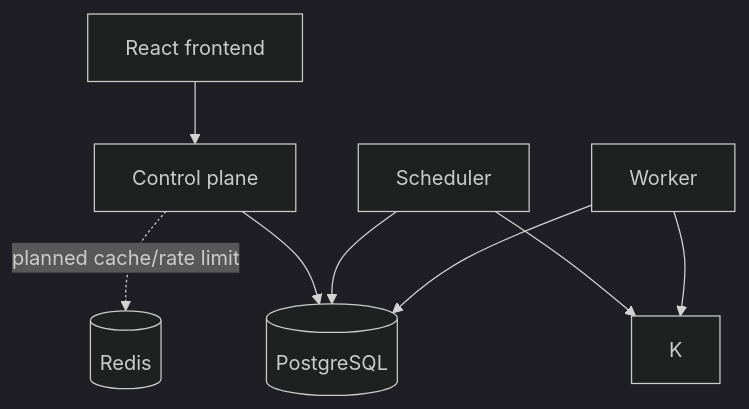
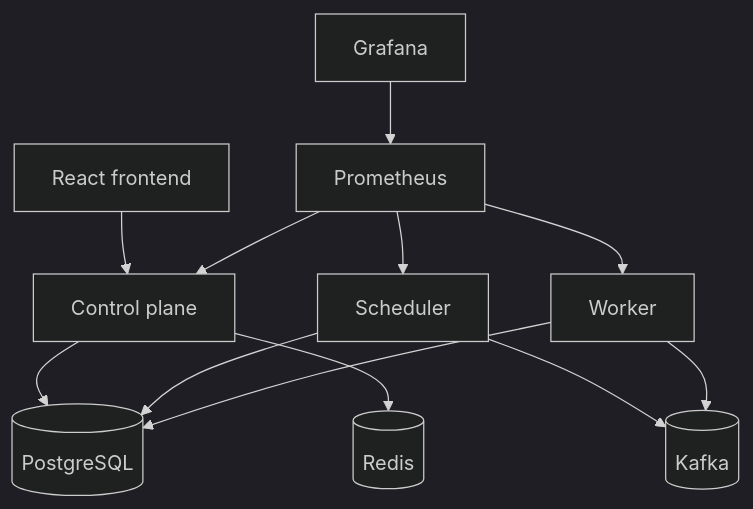
Before and after one commit to mihirgamre/taskforge: the first of 3 diagrams in docs/ARCHITECTURE.md, drawn with Mermaid (dark theme). The commit also changed other lines of this file and 21 other files, not shown here.

````diff
--- a/docs/ARCHITECTURE.md
+++ b/docs/ARCHITECTURE.md
@@ -13,10 +13,14 @@
 ```mermaid
 flowchart TB
   FE["React frontend"] --> CP["Control plane"]
   CP --> PG[("PostgreSQL")]
+  CP --> R[("Redis")]
   SCH["Scheduler"] --> PG
-  SCH --> K
+  SCH --> K[("Kafka")]
   W["Worker"] --> K
   W --> PG
-  CP -. planned cache/rate limit .-> R[("Redis")]
+  Prom["Prometheus"] --> CP
+  Prom --> SCH
+  Prom --> W
+  Graf["Grafana"] --> Prom
 ```
````
